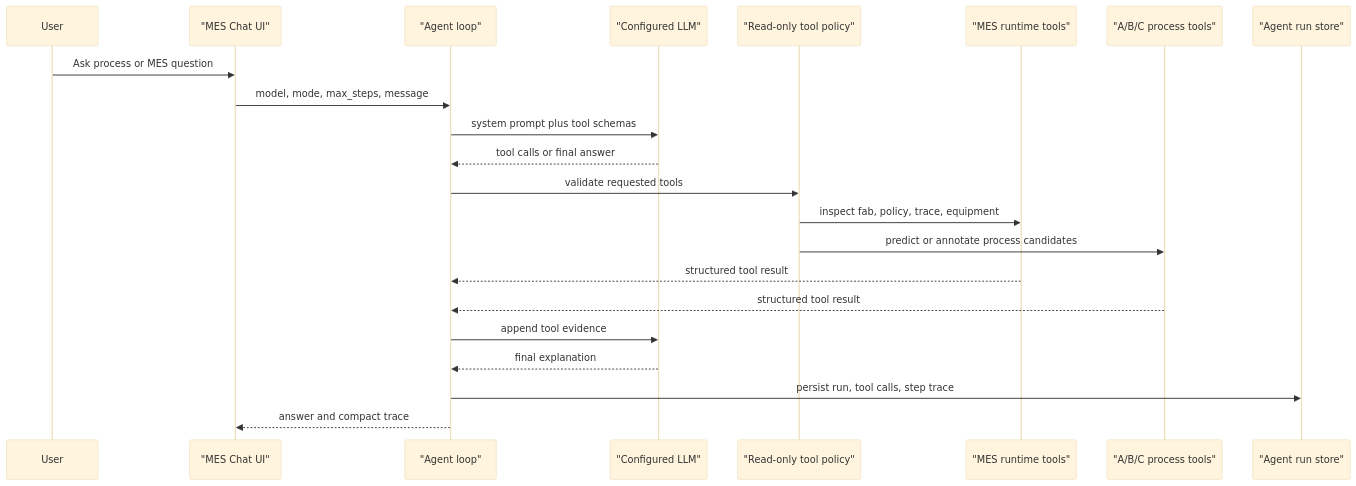
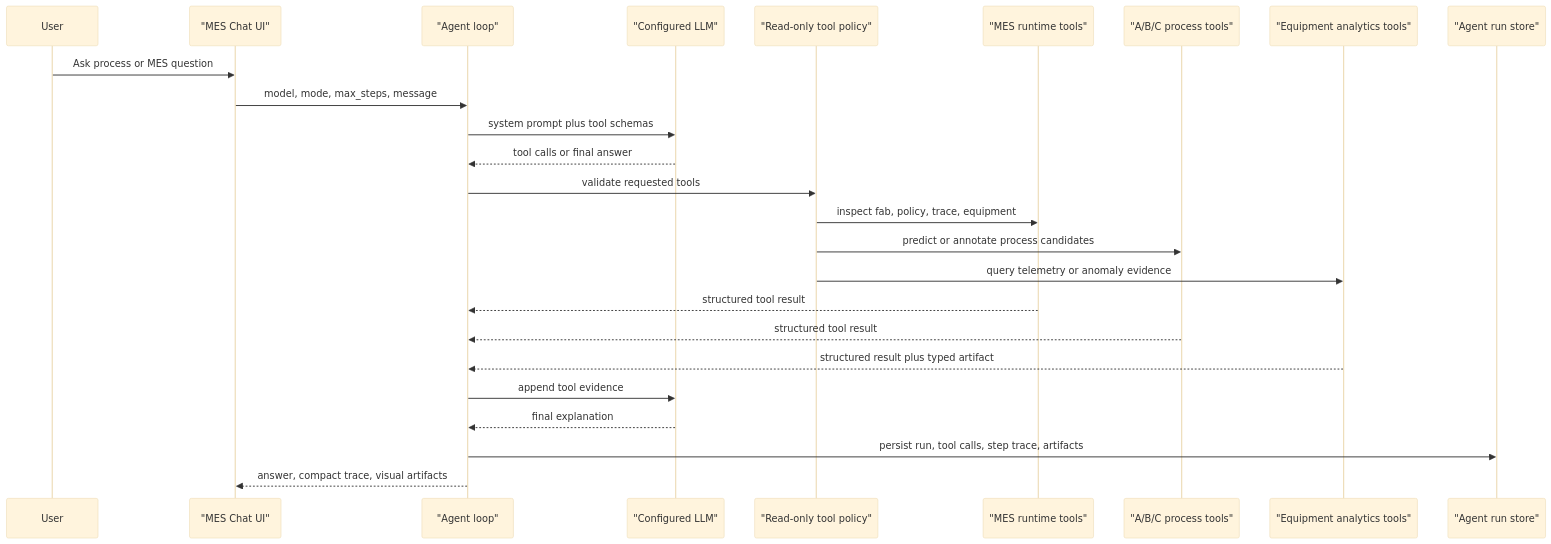
Before and after one commit to hongseong0314/batch_scheduling_sim: the second of 2 diagrams in docs/ai-mes/09_PROCESS_APC_MCP_AGENT.md, drawn with Mermaid (base theme). The commit also changed other lines of this file and 24 other files, not shown here.

Commit message:
feat: add MES agent visual analytics

````diff
--- a/docs/ai-mes/09_PROCESS_APC_MCP_AGENT.md
+++ b/docs/ai-mes/09_PROCESS_APC_MCP_AGENT.md
@@ -310,25 +338,28 @@
 ```mermaid
 sequenceDiagram
   participant User
   participant UI as "MES Chat UI"
   participant Agent as "Agent loop"
   participant Model as "Configured LLM"
   participant Gate as "Read-only tool policy"
   participant Runtime as "MES runtime tools"
   participant APC as "A/B/C process tools"
+  participant Visual as "Equipment analytics tools"
   participant Store as "Agent run store"
 
   User->>UI: Ask process or MES question
   UI->>Agent: model, mode, max_steps, message
   Agent->>Model: system prompt plus tool schemas
   Model-->>Agent: tool calls or final answer
   Agent->>Gate: validate requested tools
   Gate->>Runtime: inspect fab, policy, trace, equipment
   Gate->>APC: predict or annotate process candidates
+  Gate->>Visual: query telemetry or anomaly evidence
   Runtime-->>Agent: structured tool result
   APC-->>Agent: structured tool result
+  Visual-->>Agent: structured result plus typed artifact
   Agent->>Model: append tool evidence
   Model-->>Agent: final explanation
-  Agent->>Store: persist run, tool calls, step trace
-  Agent-->>UI: answer and compact trace
+  Agent->>Store: persist run, tool calls, step trace, artifacts
+  Agent-->>UI: answer, compact trace, visual artifacts
 ```
````
